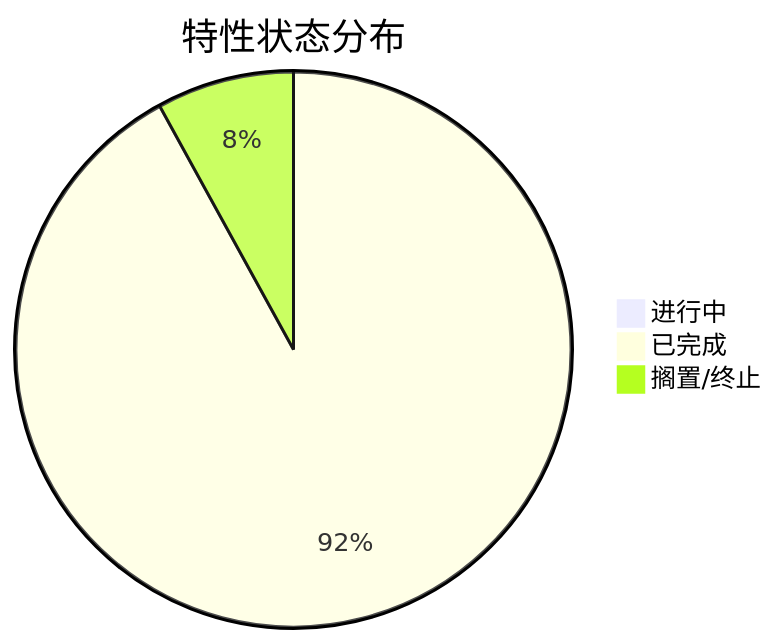
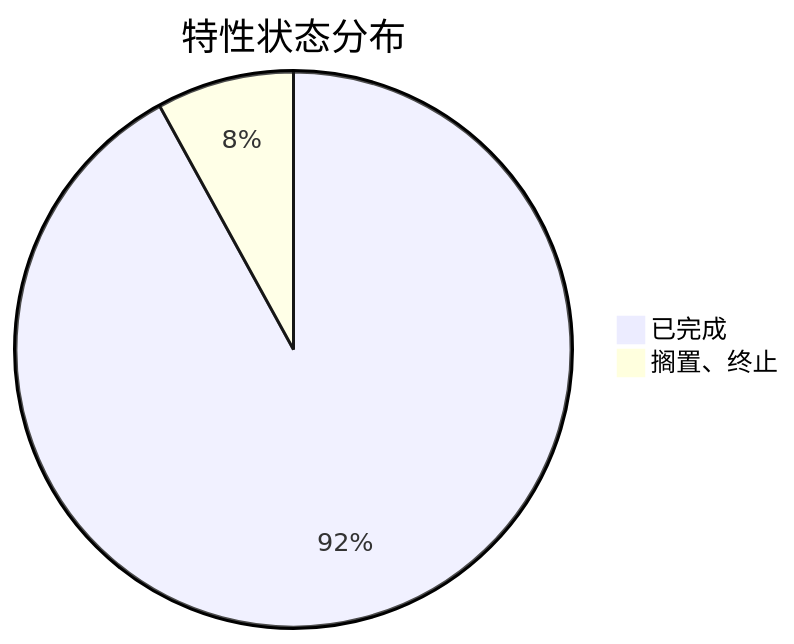
Before and after one commit to THZSummer/sddu: the third of 8 diagrams in .sddu/ROADMAP.md, drawn with Mermaid. The commit also changed other lines of this file, not shown here.

Commit message:
docs(roadmap): 修复 §3/§4 pie 图 GitHub 渲染失败（去零值扇区 + 标签去斜杠）

````diff
--- a/.sddu/ROADMAP.md
+++ b/.sddu/ROADMAP.md
@@ -65,6 +65,5 @@
 ```mermaid
 pie title 特性状态分布
-    "进行中" : 0
     "已完成" : 23
-    "搁置/终止" : 2
+    "搁置、终止" : 2
 ```
````
